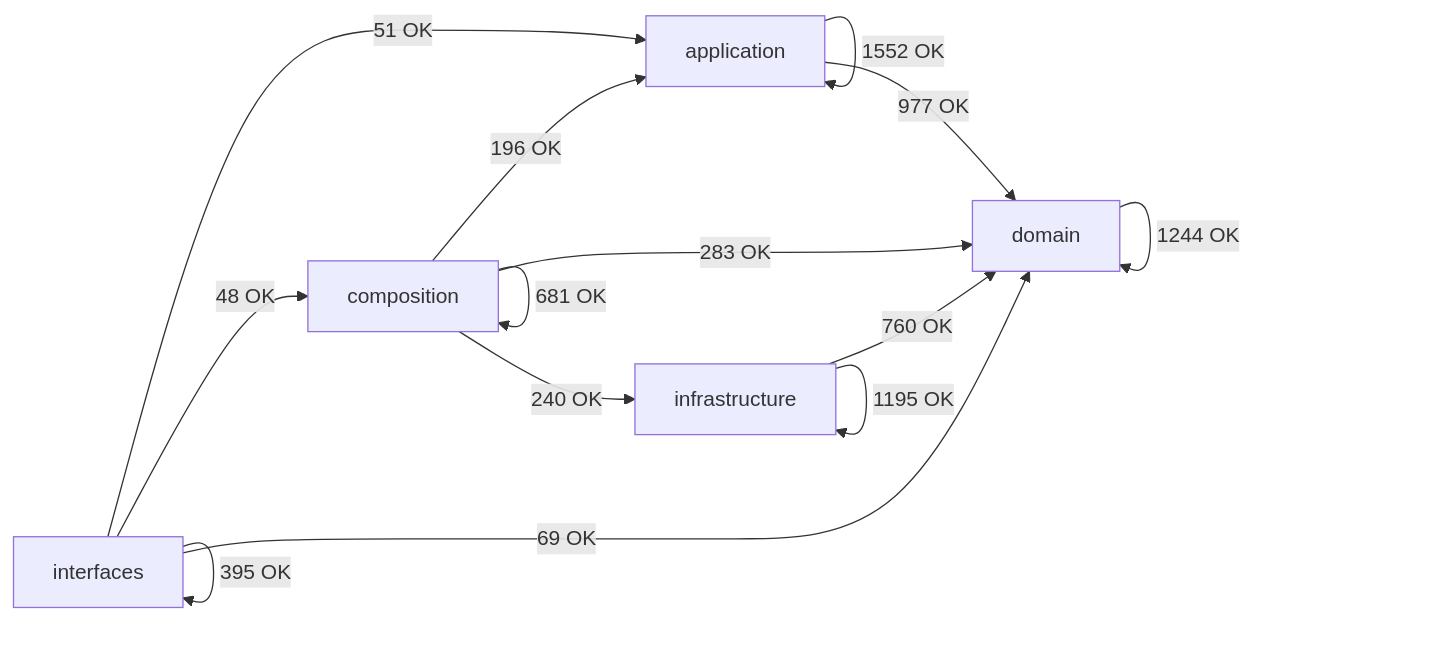
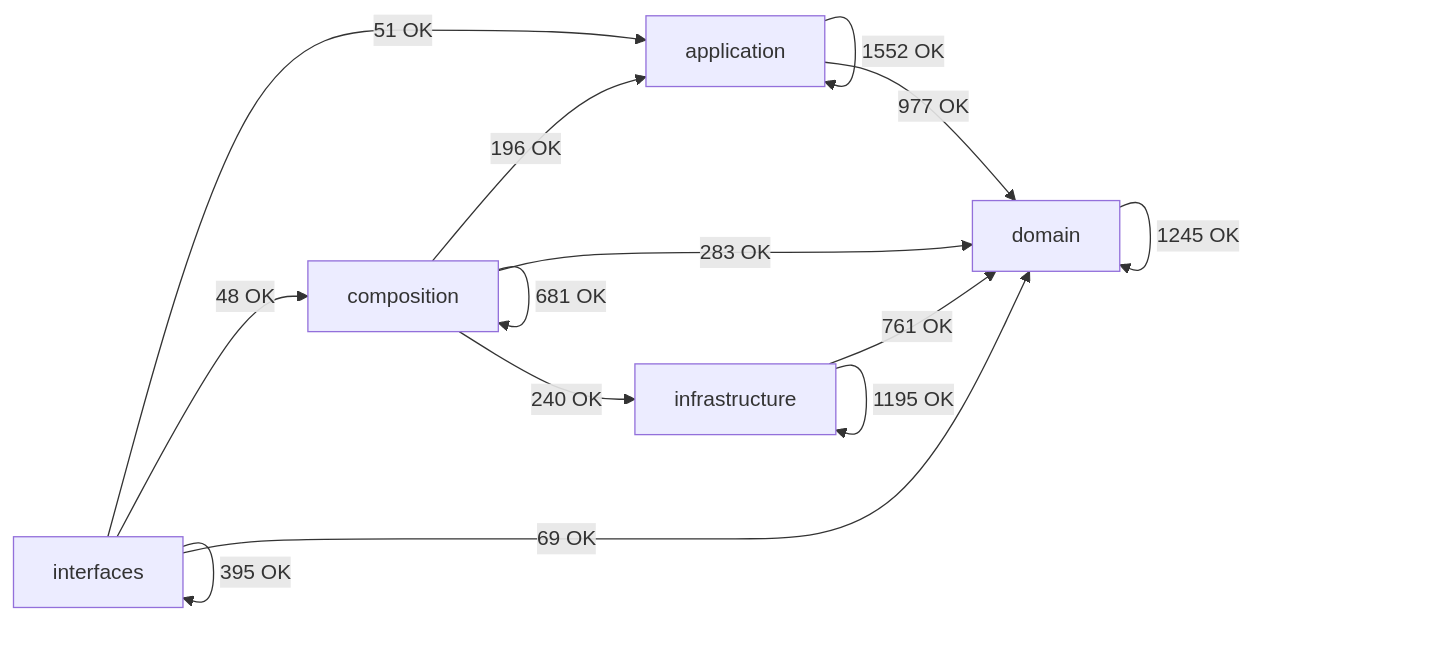
One commit to SatoryKono/BioactivityDataAcquisition changed the diagram in docs/02-architecture/generated/module-dependency-map.md. Above: the diagram before and after it, drawn with Mermaid. The commit also changed other lines of this file and 57 other files, not shown here.

````diff
--- a/docs/02-architecture/generated/module-dependency-map.md
+++ b/docs/02-architecture/generated/module-dependency-map.md
@@ -17,21 +17,21 @@
 ```mermaid
 flowchart LR
     domain[domain]
     application[application]
     infrastructure[infrastructure]
     composition[composition]
     interfaces[interfaces]
     application -->|1552 OK| application
     application -->|977 OK| domain
     composition -->|196 OK| application
     composition -->|681 OK| composition
     composition -->|283 OK| domain
     composition -->|240 OK| infrastructure
-    domain -->|1244 OK| domain
-    infrastructure -->|760 OK| domain
+    domain -->|1245 OK| domain
+    infrastructure -->|761 OK| domain
     infrastructure -->|1195 OK| infrastructure
     interfaces -->|51 OK| application
     interfaces -->|48 OK| composition
     interfaces -->|69 OK| domain
     interfaces -->|395 OK| interfaces
 ```
````
